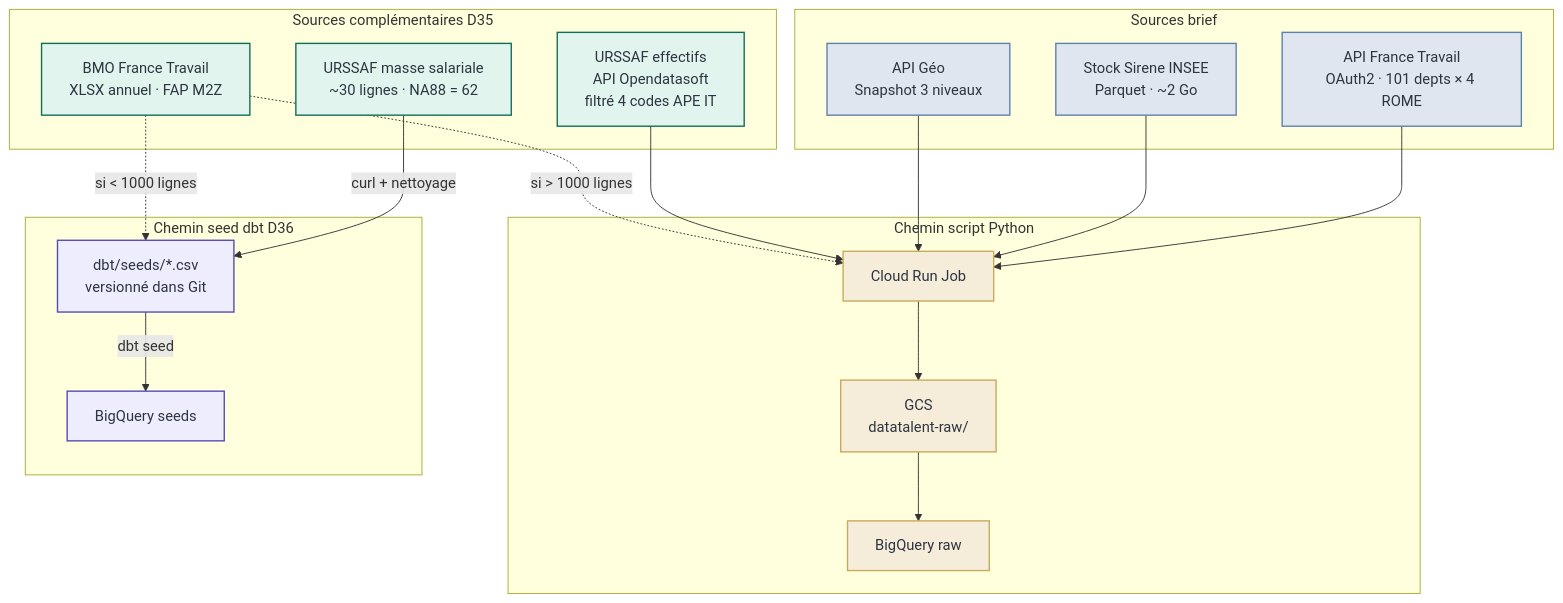
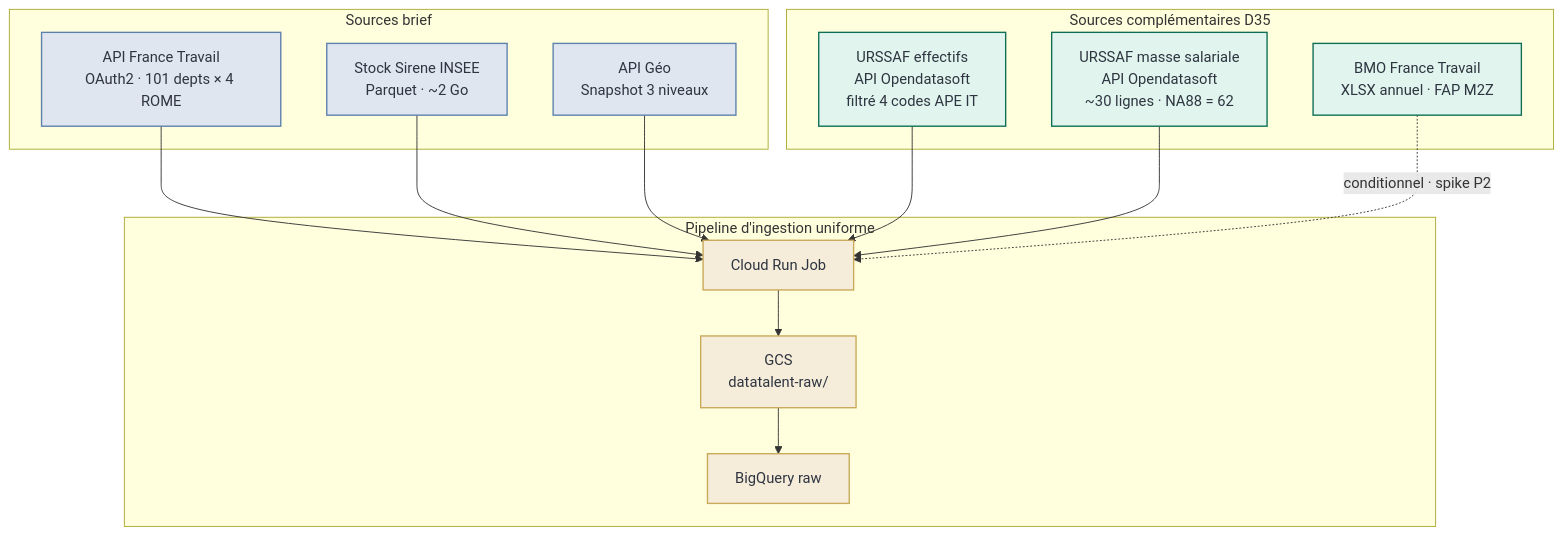
The first of 3 diagrams in architecture/architecture-datatalent-details.md (GMartin-Data/datatalent_docs), drawn with Mermaid before and after one commit. The commit also changed other lines of this file and 7 other files, not shown here.

First line of the commit message:
docs: remove seed path, unify all sources on standard ingestion workflow

````diff
--- a/architecture/architecture-datatalent-details.md
+++ b/architecture/architecture-datatalent-details.md
@@ -14,46 +14,36 @@
 ```mermaid
 graph TD
     subgraph brief["Sources brief"]
         FT["API France Travail<br/>OAuth2 · 101 depts × 4 ROME"]
         SI["Stock Sirene INSEE<br/>Parquet · ~2 Go"]
         GEO["API Géo<br/>Snapshot 3 niveaux"]
     end
 
     subgraph compl["Sources complémentaires D35"]
         UE["URSSAF effectifs<br/>API Opendatasoft<br/>filtré 4 codes APE IT"]
-        UM["URSSAF masse salariale<br/>~30 lignes · NA88 = 62"]
+        UM["URSSAF masse salariale<br/>API Opendatasoft<br/>~30 lignes · NA88 = 62"]
         BMO["BMO France Travail<br/>XLSX annuel · FAP M2Z"]
     end
 
-    subgraph script["Chemin script Python"]
+    subgraph pipeline["Pipeline d'ingestion uniforme"]
         CR["Cloud Run Job"]
         GCS["GCS<br/>datatalent-raw/"]
         RAW["BigQuery raw"]
-    end
-
-    subgraph seed["Chemin seed dbt D36"]
-        CSV["dbt/seeds/*.csv<br/>versionné dans Git"]
-        BQSEED["BigQuery seeds"]
     end
 
     FT --> CR
     SI --> CR
     GEO --> CR
     UE --> CR
+    UM --> CR
+    BMO -.->|"conditionnel · spike P2"| CR
     CR --> GCS --> RAW
-
-    UM -->|"curl + nettoyage"| CSV
-    BMO -.->|"si < 1000 lignes"| CSV
-    BMO -.->|"si > 1000 lignes"| CR
-    CSV -->|"dbt seed"| BQSEED
 
     classDef brief fill:#dfe6f0,stroke:#5e81ac,stroke-width:1.5px,color:#2e3440
     classDef compl fill:#e1f5ee,stroke:#0f6e56,stroke-width:1.5px,color:#2e3440
-    classDef script fill:#f5edda,stroke:#c9a95a,stroke-width:1.5px,color:#2e3440
-    classDef seed fill:#eeedfe,stroke:#534ab7,stroke-width:1.5px,color:#2e3440
+    classDef pipeline fill:#f5edda,stroke:#c9a95a,stroke-width:1.5px,color:#2e3440
 
     class FT,SI,GEO brief
     class UE,UM,BMO compl
-    class CR,GCS,RAW script
-    class CSV,BQSEED seed
+    class CR,GCS,RAW pipeline
 ```
````
